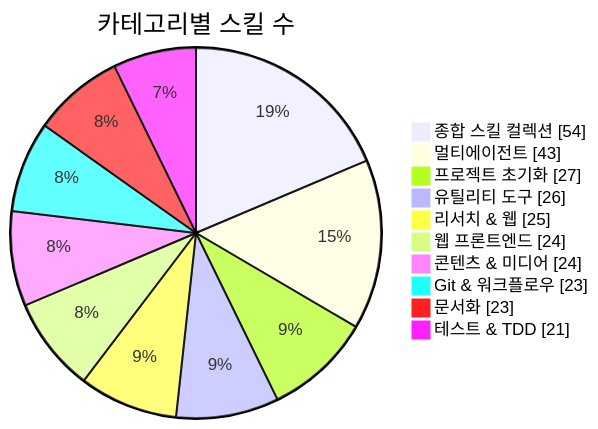
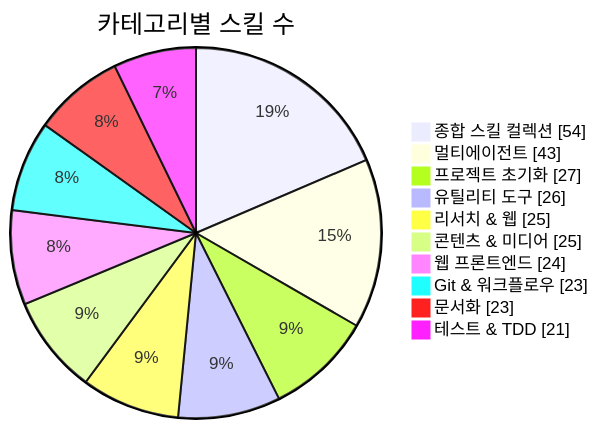
Before and after one commit to J-nowcow/awesome-korean-agent-skills: the first of 3 diagrams in README.md, drawn with Mermaid. The commit also changed other lines of this file and 3 other files, not shown here.

````diff
--- a/README.md
+++ b/README.md
@@ -176,14 +176,14 @@
 ```mermaid
 pie showData
     title 카테고리별 스킬 수
     "종합 스킬 컬렉션" : 54
     "멀티에이전트" : 43
     "프로젝트 초기화" : 27
     "유틸리티 도구" : 26
     "리서치 & 웹" : 25
+    "콘텐츠 & 미디어" : 25
     "웹 프론트엔드" : 24
-    "콘텐츠 & 미디어" : 24
     "Git & 워크플로우" : 23
     "문서화" : 23
     "테스트 & TDD" : 21
 ```
````
